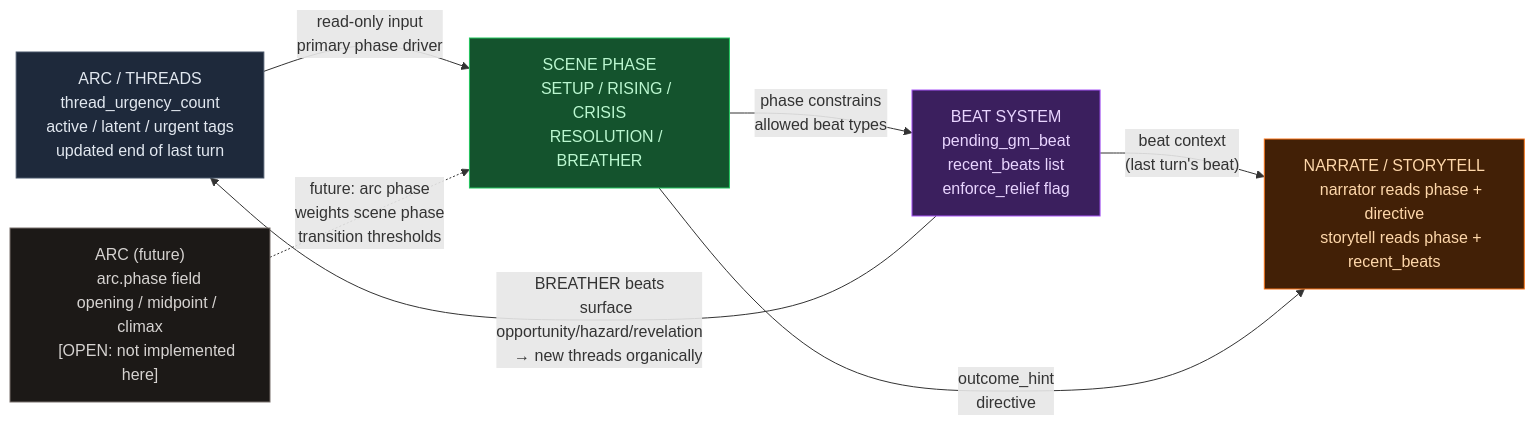
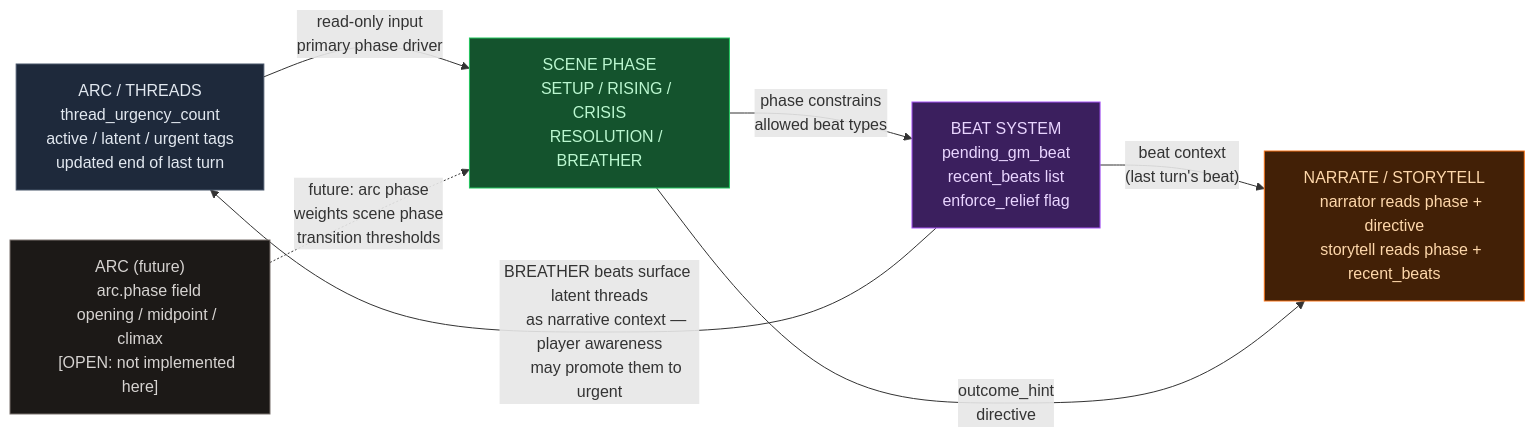
The fifth of 5 diagrams in docs/design/major-narrative-mechanic-overhaul.md (pww217/fablethread), drawn with Mermaid before and after one commit. The commit also changed other lines of this file, not shown here.

````diff
--- a/docs/design/major-narrative-mechanic-overhaul.md
+++ b/docs/design/major-narrative-mechanic-overhaul.md
@@ -270,51 +258,51 @@
 ```mermaid
 flowchart LR
     style TH fill:#1e293b,stroke:#475569,color:#e2e8f0
     style PH fill:#14532d,stroke:#22c55e,color:#bbf7d0
     style BE fill:#3b1f5e,stroke:#a855f7,color:#e9d5ff
     style NA fill:#422006,stroke:#f97316,color:#fed7aa
     style AR fill:#1c1917,stroke:#78716c,color:#d6d3d1
 
     TH["ARC / THREADS
     thread_urgency_count
     active / latent / urgent tags
     updated end of last turn"]
 
     TH -->|"read-only input
     primary phase driver"| PH
 
     PH["SCENE PHASE
     SETUP / RISING / CRISIS
     RESOLUTION / BREATHER"]
 
     PH -->|"phase constrains
     allowed beat types"| BE
 
     BE["BEAT SYSTEM
     pending_gm_beat
     recent_beats list
     enforce_relief flag"]
 
-    BE -->|"BREATHER beats
-    surface opportunity/hazard/revelation
-    → new threads organically"| TH
+    BE -->|"BREATHER beats surface latent threads
+    as narrative context — player awareness
+    may promote them to urgent"| TH
 
     BE -->|"beat context
     (last turn's beat)"| NA
 
     PH -->|"outcome_hint
     directive"| NA
 
     NA["NARRATE / STORYTELL
     narrator reads phase + directive
     storytell reads phase + recent_beats"]
 
     AR["ARC (future)
     arc.phase field
     opening / midpoint / climax
     [OPEN: not implemented here]"]
 
     AR -.->|"future: arc phase
     weights scene phase
     transition thresholds"| PH
 ```
````
